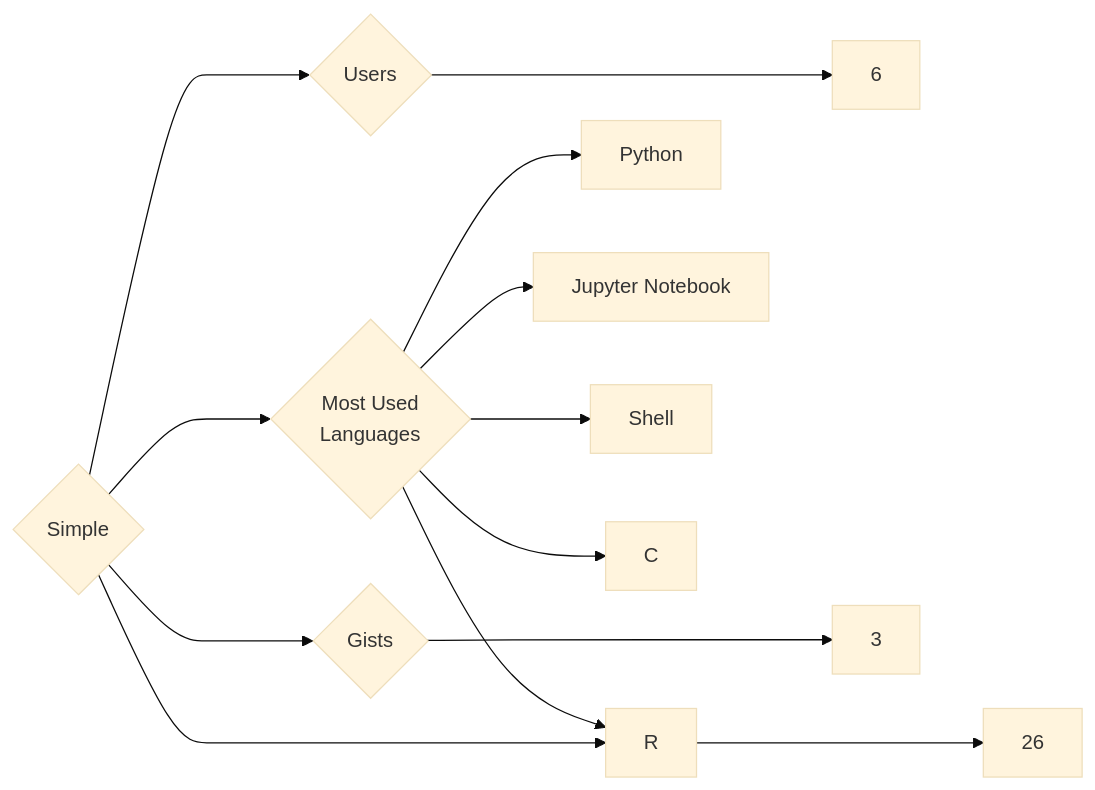
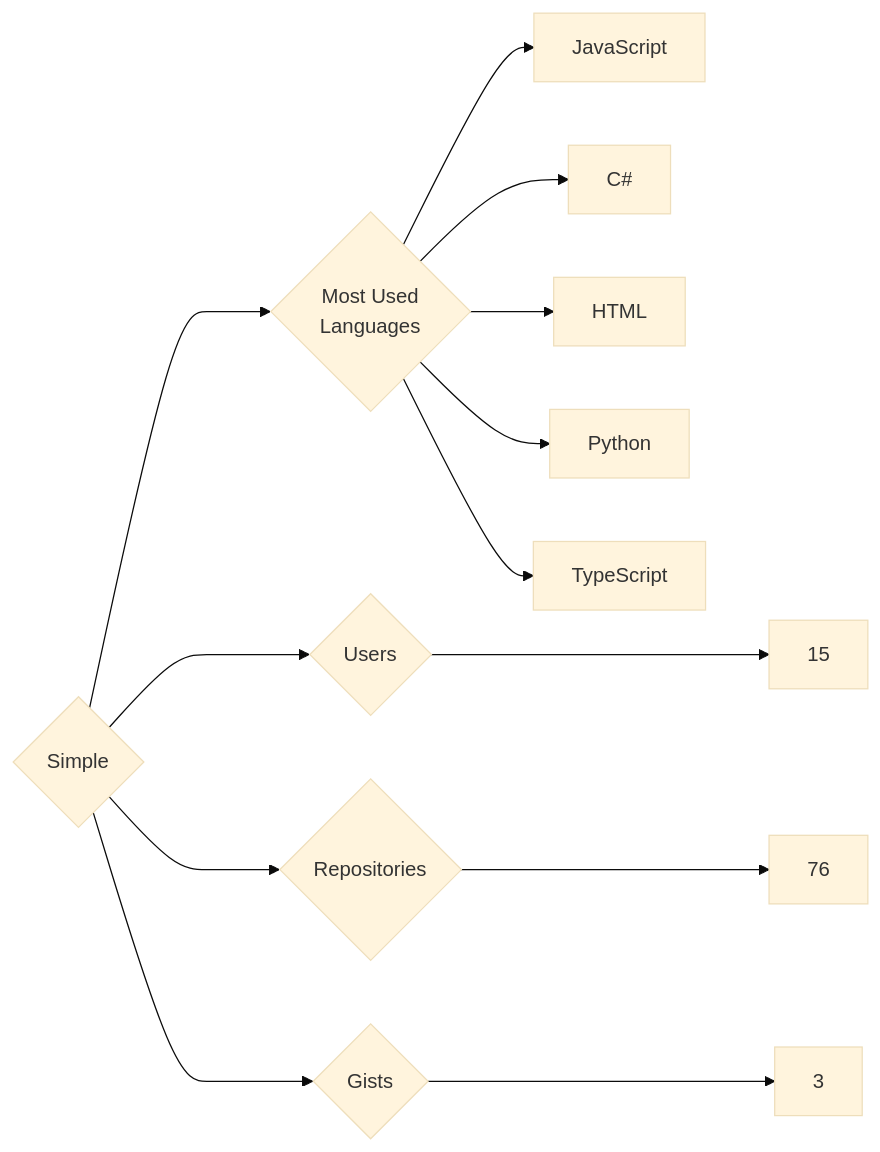
The diagram in targets/Simple/README.md (trickest/insiders), drawn with Mermaid (base theme) before and after one commit. The commit also changed 823 other files, not shown here.

````diff
--- a/targets/Simple/README.md
+++ b/targets/Simple/README.md
@@ -3,13 +3,13 @@
 ```mermaid
 graph LR
 COMPANY_NAME{Simple}
-COMPANY_NAME ---> U{Users} ---> UN[6]
-COMPANY_NAME ---> R{Repositories} ---> RN[26]
+COMPANY_NAME ---> U{Users} ---> UN[15]
+COMPANY_NAME ---> R{Repositories} ---> RN[76]
 COMPANY_NAME ---> G{Gists} ---> GN[3]
 COMPANY_NAME ---> ML{Most Used<br>Languages}
+ML --> JavaScript[JavaScript]
+ML --> C#[C#]
+ML --> HTML[HTML]
 ML --> Python[Python]
-ML --> Jupyter_Notebook[Jupyter Notebook]
-ML --> Shell[Shell]
-ML --> R[R]
-ML --> C[C]
+ML --> TypeScript[TypeScript]
 ```
````
